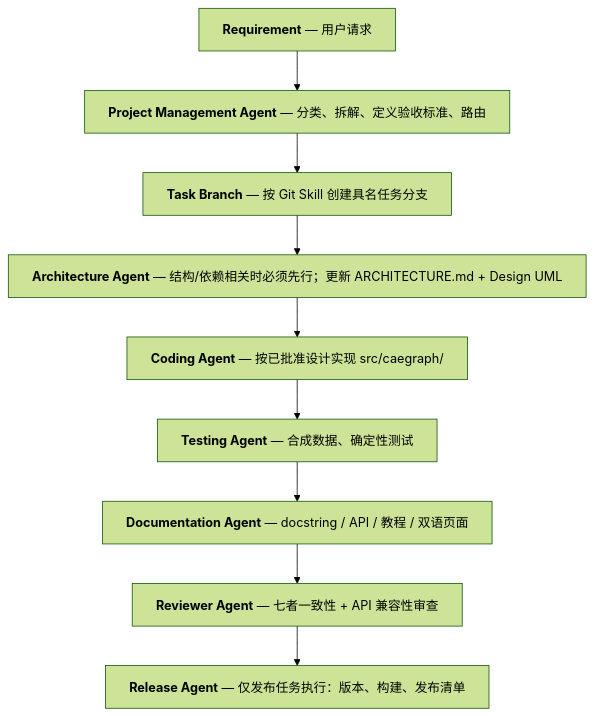
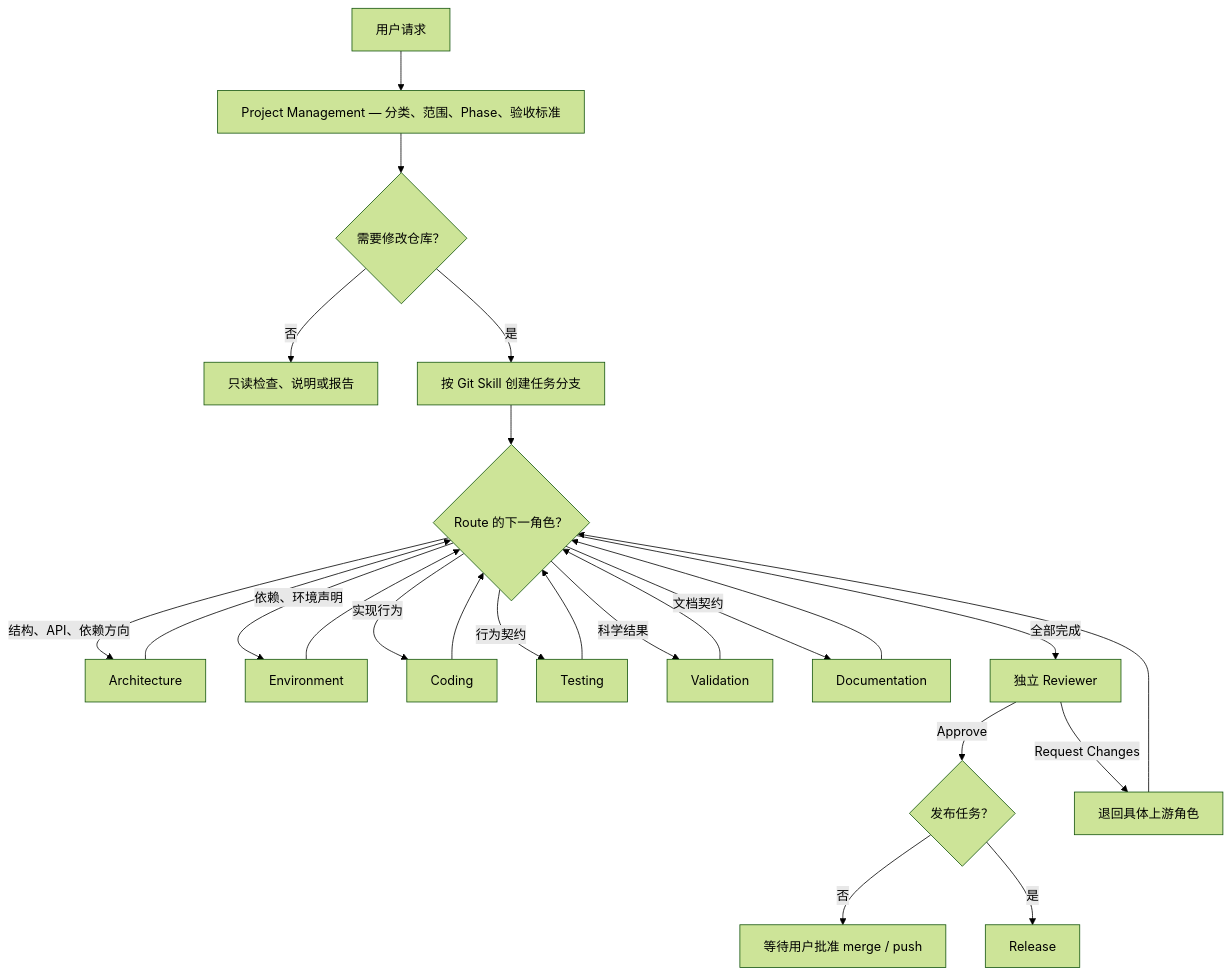
Before and after one commit to XYChouMian/caegraph: the diagram in .agent/WORKFLOW.md, drawn with Mermaid (forest theme). The commit also changed other lines of this file and 11 other files, not shown here.

````diff
--- a/.agent/WORKFLOW.md
+++ b/.agent/WORKFLOW.md
@@ -9,18 +13,30 @@
 ```mermaid
 flowchart TD
     classDef nowrap white-space:nowrap
 
-    A["<b>Requirement</b> — 用户请求"]
-    B["<b>Project Management Agent</b> — 分类、拆解、定义验收标准、路由"]
-    C["<b>Task Branch</b> — 按 Git Skill 创建具名任务分支"]
-    D["<b>Architecture Agent</b> — 结构/依赖相关时必须先行；更新 ARCHITECTURE.md + Design UML"]
-    E["<b>Coding Agent</b> — 按已批准设计实现 src/caegraph/"]
-    F["<b>Testing Agent</b> — 合成数据、确定性测试"]
-    G["<b>Documentation Agent</b> — docstring / API / 教程 / 双语页面"]
-    H["<b>Reviewer Agent</b> — 七者一致性 + API 兼容性审查"]
-    I["<b>Release Agent</b> — 仅发布任务执行：版本、构建、发布清单"]
+    A["用户请求"] --> B["Project Management — 分类、范围、Phase、验收标准"]
+    B --> Q{"需要修改仓库？"}
+    Q -->|"否"| R["只读检查、说明或报告"]
+    Q -->|"是"| C["按 Git Skill 创建任务分支"]
+    C --> D{"Route 的下一角色？"}
+    D -->|"结构、API、依赖方向"| E["Architecture"]
+    D -->|"依赖、环境声明"| F["Environment"]
+    D -->|"实现行为"| G["Coding"]
+    D -->|"行为契约"| H["Testing"]
+    D -->|"科学结果"| I["Validation"]
+    D -->|"文档契约"| J["Documentation"]
+    E --> D
+    F --> D
+    G --> D
+    H --> D
+    I --> D
+    J --> D
+    D -->|"全部完成"| L["独立 Reviewer"]
+    L -->|"Approve"| M{"发布任务？"}
+    L -->|"Request Changes"| N["退回具体上游角色"]
+    N --> D
+    M -->|"否"| O["等待用户批准 merge / push"]
+    M -->|"是"| P["Release"]
 
-    A --> B --> C --> D --> E --> F --> G --> H --> I
-
-    class A,B,C,D,E,F,G,H,I nowrap
+    class A,B,C,D,E,F,G,H,I,J,L,M,N,O,P,Q,R nowrap
 ```
````
